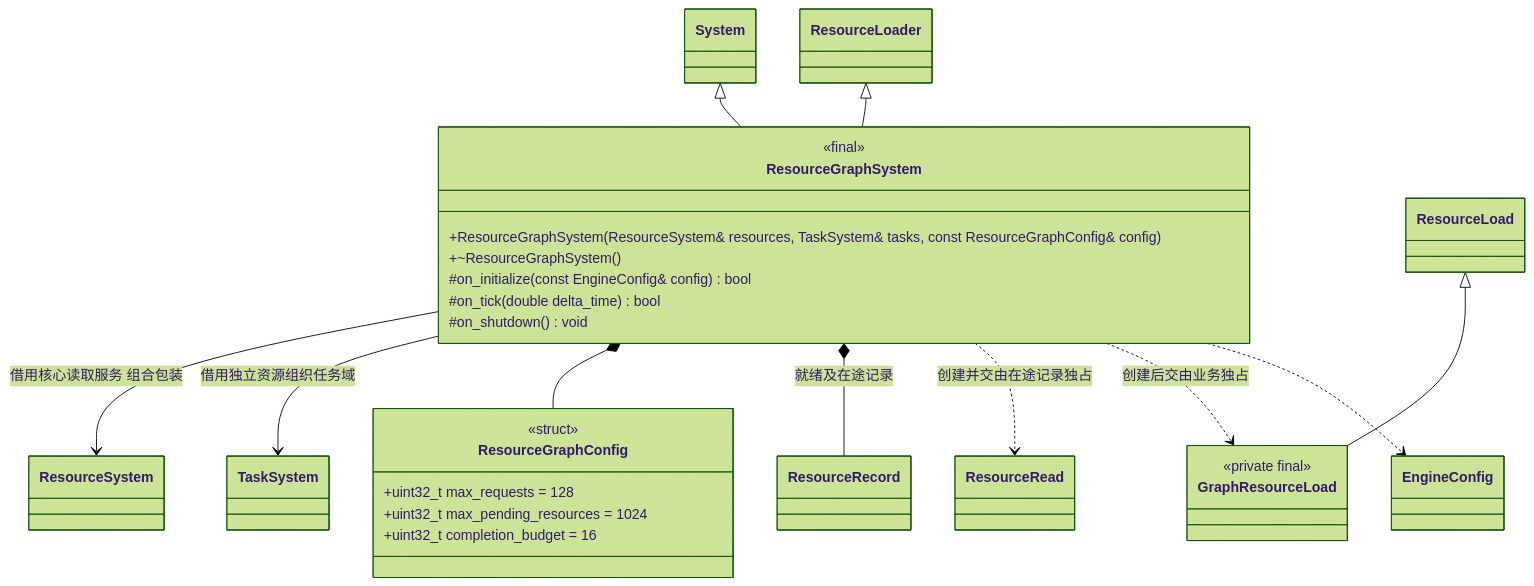
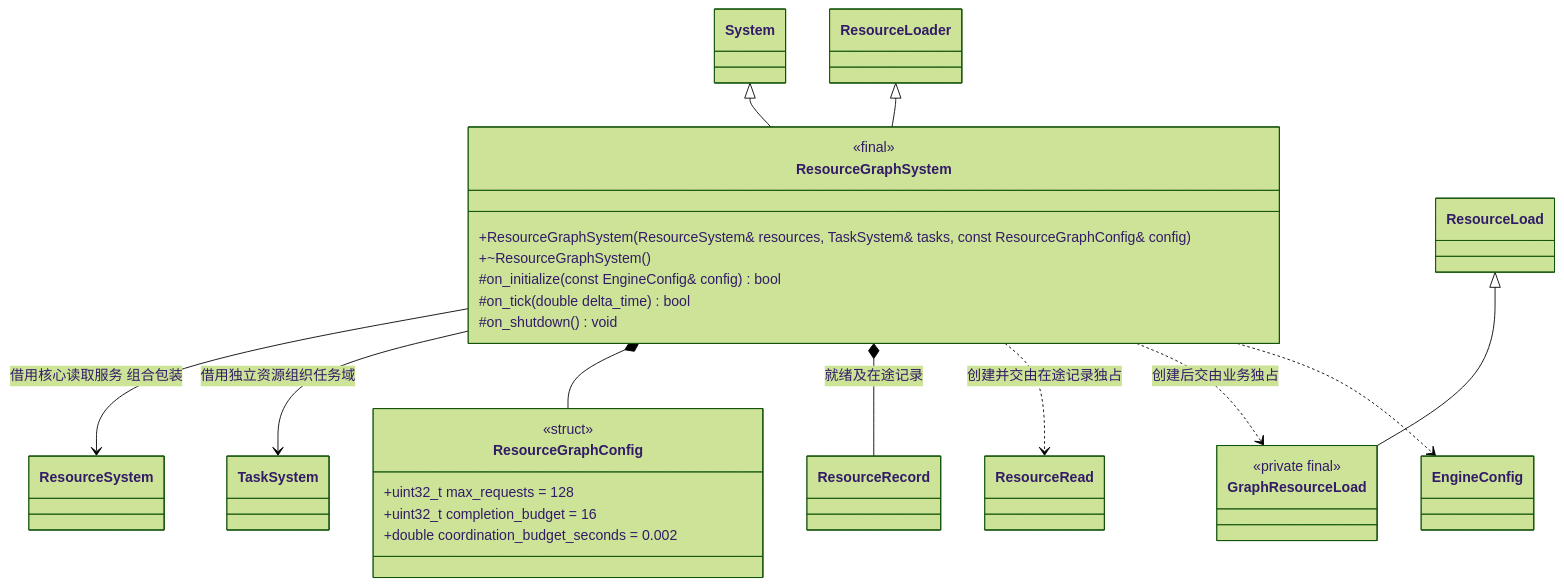
The first of 3 diagrams in docs/plugins/runtime/class-diagrams/resource-graph.md (lcals/Engine), drawn with Mermaid (forest theme) before and after one commit. The commit also changed other lines of this file and 119 other files, not shown here.

````diff
--- a/docs/plugins/runtime/class-diagrams/resource-graph.md
+++ b/docs/plugins/runtime/class-diagrams/resource-graph.md
@@ -11,38 +13,38 @@
 ```mermaid
 classDiagram
     class ResourceGraphSystem {
         <<final>>
         +ResourceGraphSystem(ResourceSystem& resources, TaskSystem& tasks, const ResourceGraphConfig& config)
         +~ResourceGraphSystem()
         #on_initialize(const EngineConfig& config) bool
         #on_tick(double delta_time) bool
         #on_shutdown() void
     }
     class ResourceGraphConfig {
         <<struct>>
         +uint32_t max_requests = 128
-        +uint32_t max_pending_resources = 1024
         +uint32_t completion_budget = 16
+        +double coordination_budget_seconds = 0.002
     }
     class System
     class ResourceLoader
     class ResourceSystem
     class TaskSystem
     class ResourceRead
     class ResourceRecord
     class GraphResourceLoad {
         <<private final>>
     }
     class ResourceLoad
     class EngineConfig
     System <|-- ResourceGraphSystem
     ResourceLoader <|-- ResourceGraphSystem
     ResourceLoad <|-- GraphResourceLoad
     ResourceGraphSystem --> ResourceSystem : 借用核心读取服务 组合包装
     ResourceGraphSystem --> TaskSystem : 借用独立资源组织任务域
     ResourceGraphSystem *-- ResourceGraphConfig
     ResourceGraphSystem *-- ResourceRecord : 就绪及在途记录
     ResourceGraphSystem ..> ResourceRead : 创建并交由在途记录独占
     ResourceGraphSystem ..> GraphResourceLoad : 创建后交由业务独占
     ResourceGraphSystem ..> EngineConfig
 ```
````
